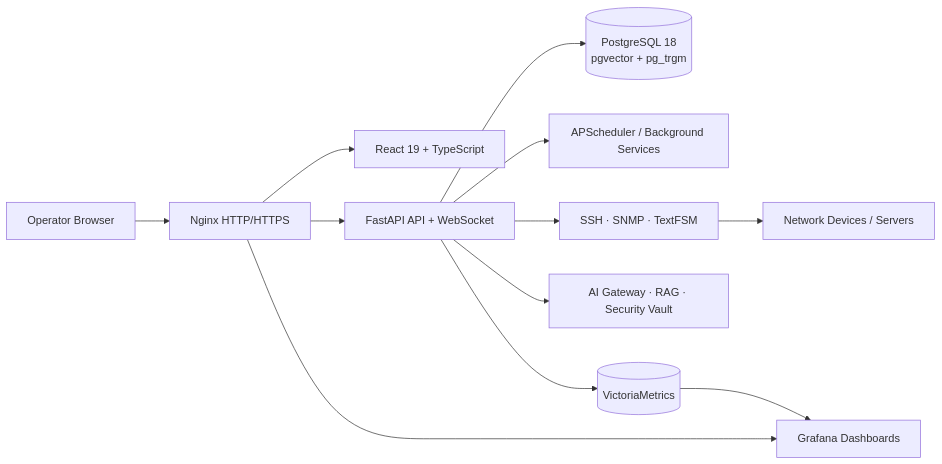
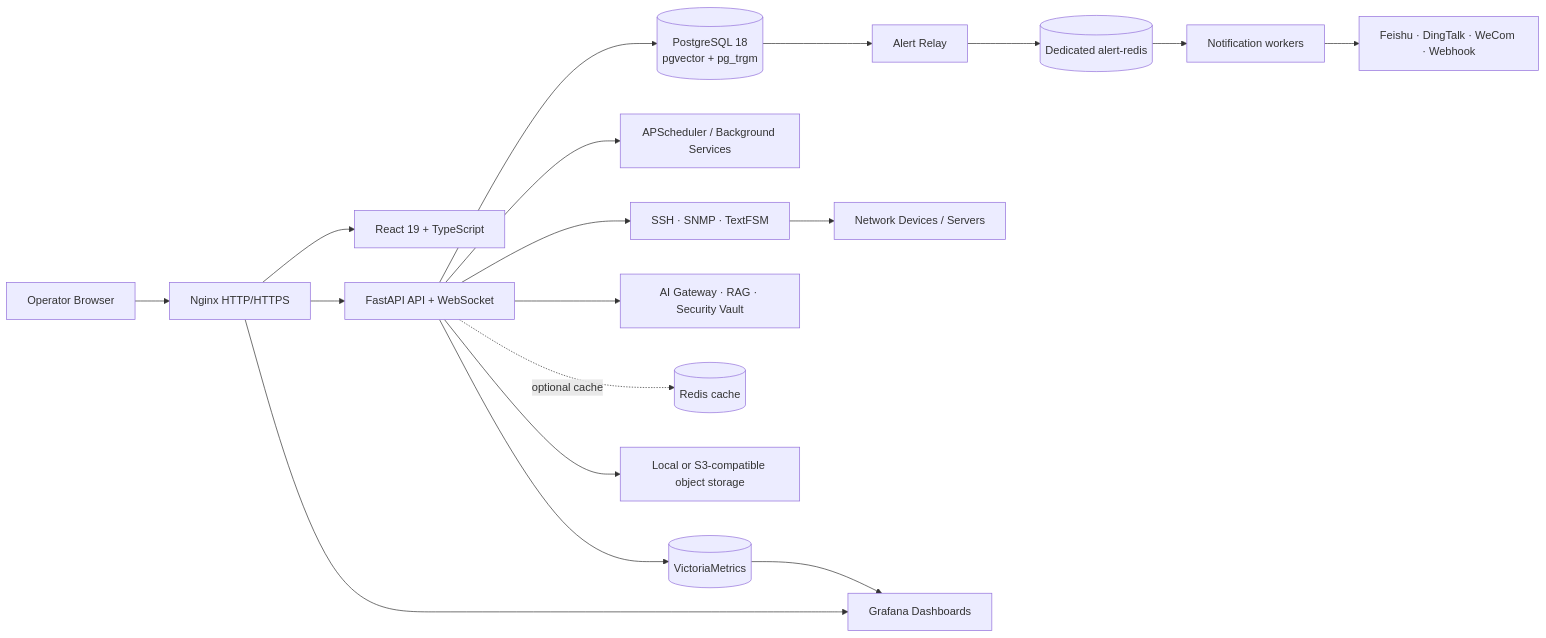
One commit to libing28390-sketch/Release-netops changed the diagram in README.md. Above: the diagram before and after it, drawn with Mermaid. The commit also changed other lines of this file and 17 other files, not shown here.

````diff
--- a/README.md
+++ b/README.md
@@ -56,14 +56,20 @@
 ```mermaid
 flowchart LR
     User[Operator Browser] --> Nginx[Nginx HTTP/HTTPS]
     Nginx --> Web[React 19 + TypeScript]
     Nginx --> API[FastAPI API + WebSocket]
     API --> DB[(PostgreSQL 18<br/>pgvector + pg_trgm)]
     API --> Scheduler[APScheduler / Background Services]
     API --> Drivers[SSH · SNMP · TextFSM]
     API --> AI[AI Gateway · RAG · Security Vault]
+    API -. optional cache .-> Cache[(Redis cache)]
+    API --> Objects[Local or S3-compatible object storage]
+    DB --> Relay[Alert Relay]
+    Relay --> AlertBroker[(Dedicated alert-redis)]
+    AlertBroker --> Workers[Notification workers]
+    Workers --> Channels[Feishu · DingTalk · WeCom · Webhook]
     Drivers --> Devices[Network Devices / Servers]
     API --> VM[(VictoriaMetrics)]
     VM --> Grafana[Grafana Dashboards]
     Nginx --> Grafana
 ```
````
